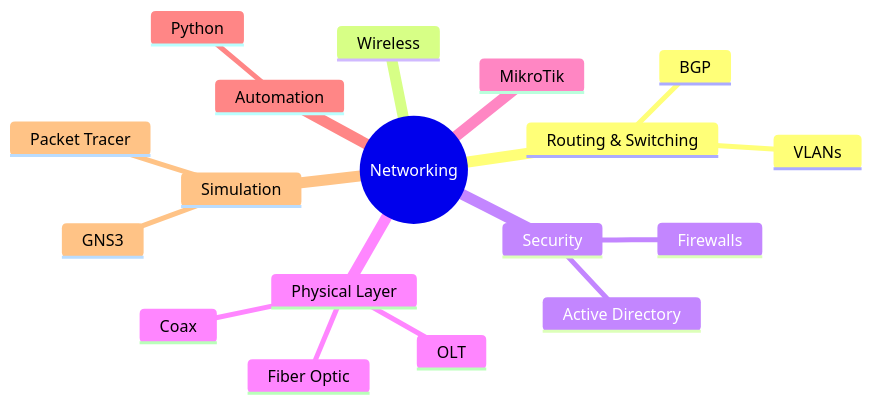
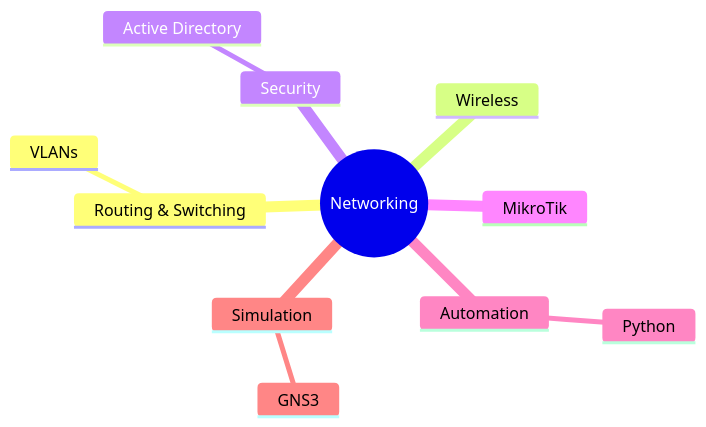
The diagram in README.md (ErdrinPervizaj-EP/ErdrinPervizaj-EP), drawn with Mermaid before and after one commit. The commit also changed other lines of this file, not shown here.

````diff
--- a/README.md
+++ b/README.md
@@ -43,21 +37,14 @@
 ```mermaid
 mindmap
   root((Networking))
     Routing & Switching
-      BGP
       VLANs
     Wireless
     Security
-      Firewalls
       Active Directory
-    Physical Layer
-      Fiber Optic
-      OLT
-      Coax
     MikroTik
     Automation
       Python
     Simulation
-      Packet Tracer
       GNS3
 ```
````
